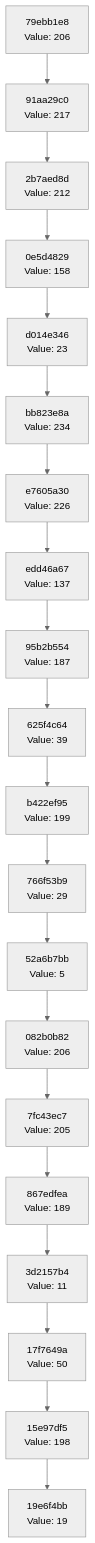
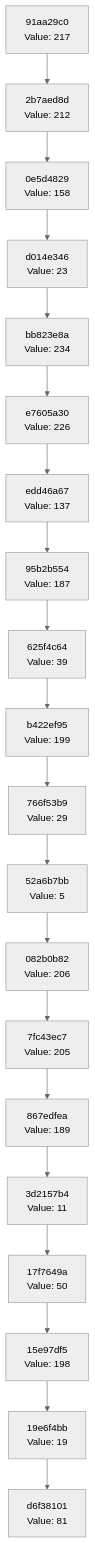
The diagram in docs/CHAIN_VISUALIZATION.md (Abhisheksinha1506/hash-chain-evolver), drawn with Mermaid (neutral theme) before and after one commit. The commit also changed 2 other files, not shown here.

Commit message:
Evolution Step

````diff
--- a/docs/CHAIN_VISUALIZATION.md
+++ b/docs/CHAIN_VISUALIZATION.md
@@ -3,42 +3,42 @@
 ```mermaid
 graph TD
-    C0["19e6f4bb<br/>Value: 19"]
-    C1["15e97df5<br/>Value: 198"]
+    C0["d6f38101<br/>Value: 81"]
+    C1["19e6f4bb<br/>Value: 19"]
     C1 --> C0
-    C2["17f7649a<br/>Value: 50"]
+    C2["15e97df5<br/>Value: 198"]
     C2 --> C1
-    C3["3d2157b4<br/>Value: 11"]
+    C3["17f7649a<br/>Value: 50"]
     C3 --> C2
-    C4["867edfea<br/>Value: 189"]
+    C4["3d2157b4<br/>Value: 11"]
     C4 --> C3
-    C5["7fc43ec7<br/>Value: 205"]
+    C5["867edfea<br/>Value: 189"]
     C5 --> C4
-    C6["082b0b82<br/>Value: 206"]
+    C6["7fc43ec7<br/>Value: 205"]
     C6 --> C5
-    C7["52a6b7bb<br/>Value: 5"]
+    C7["082b0b82<br/>Value: 206"]
     C7 --> C6
-    C8["766f53b9<br/>Value: 29"]
+    C8["52a6b7bb<br/>Value: 5"]
     C8 --> C7
-    C9["b422ef95<br/>Value: 199"]
+    C9["766f53b9<br/>Value: 29"]
     C9 --> C8
-    C10["625f4c64<br/>Value: 39"]
+    C10["b422ef95<br/>Value: 199"]
     C10 --> C9
-    C11["95b2b554<br/>Value: 187"]
+    C11["625f4c64<br/>Value: 39"]
     C11 --> C10
-    C12["edd46a67<br/>Value: 137"]
+    C12["95b2b554<br/>Value: 187"]
     C12 --> C11
-    C13["e7605a30<br/>Value: 226"]
+    C13["edd46a67<br/>Value: 137"]
     C13 --> C12
-    C14["bb823e8a<br/>Value: 234"]
+    C14["e7605a30<br/>Value: 226"]
     C14 --> C13
-    C15["d014e346<br/>Value: 23"]
+    C15["bb823e8a<br/>Value: 234"]
     C15 --> C14
-    C16["0e5d4829<br/>Value: 158"]
+    C16["d014e346<br/>Value: 23"]
     C16 --> C15
-    C17["2b7aed8d<br/>Value: 212"]
+    C17["0e5d4829<br/>Value: 158"]
     C17 --> C16
-    C18["91aa29c0<br/>Value: 217"]
+    C18["2b7aed8d<br/>Value: 212"]
     C18 --> C17
-    C19["79ebb1e8<br/>Value: 206"]
+    C19["91aa29c0<br/>Value: 217"]
     C19 --> C18
 ```
````
